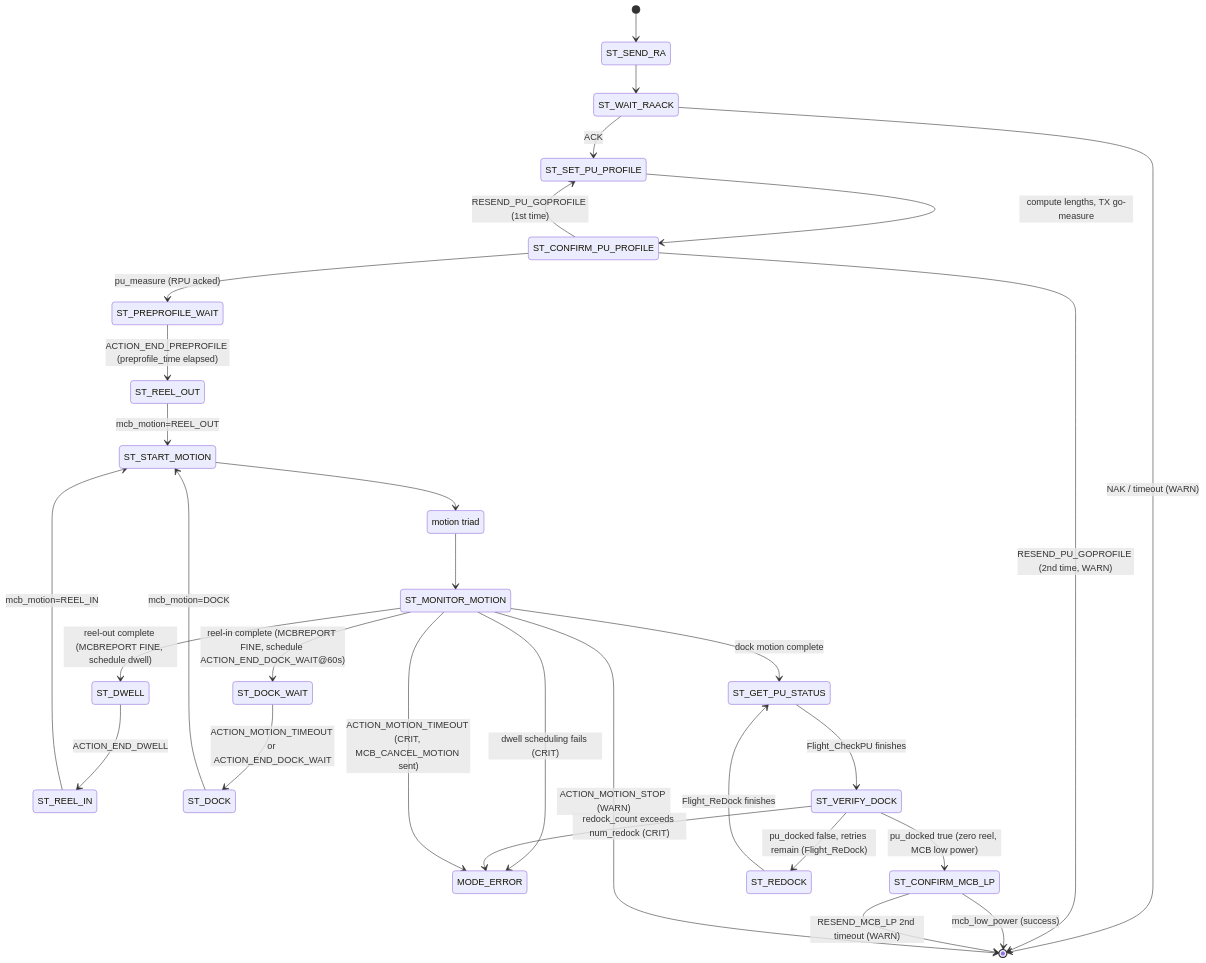
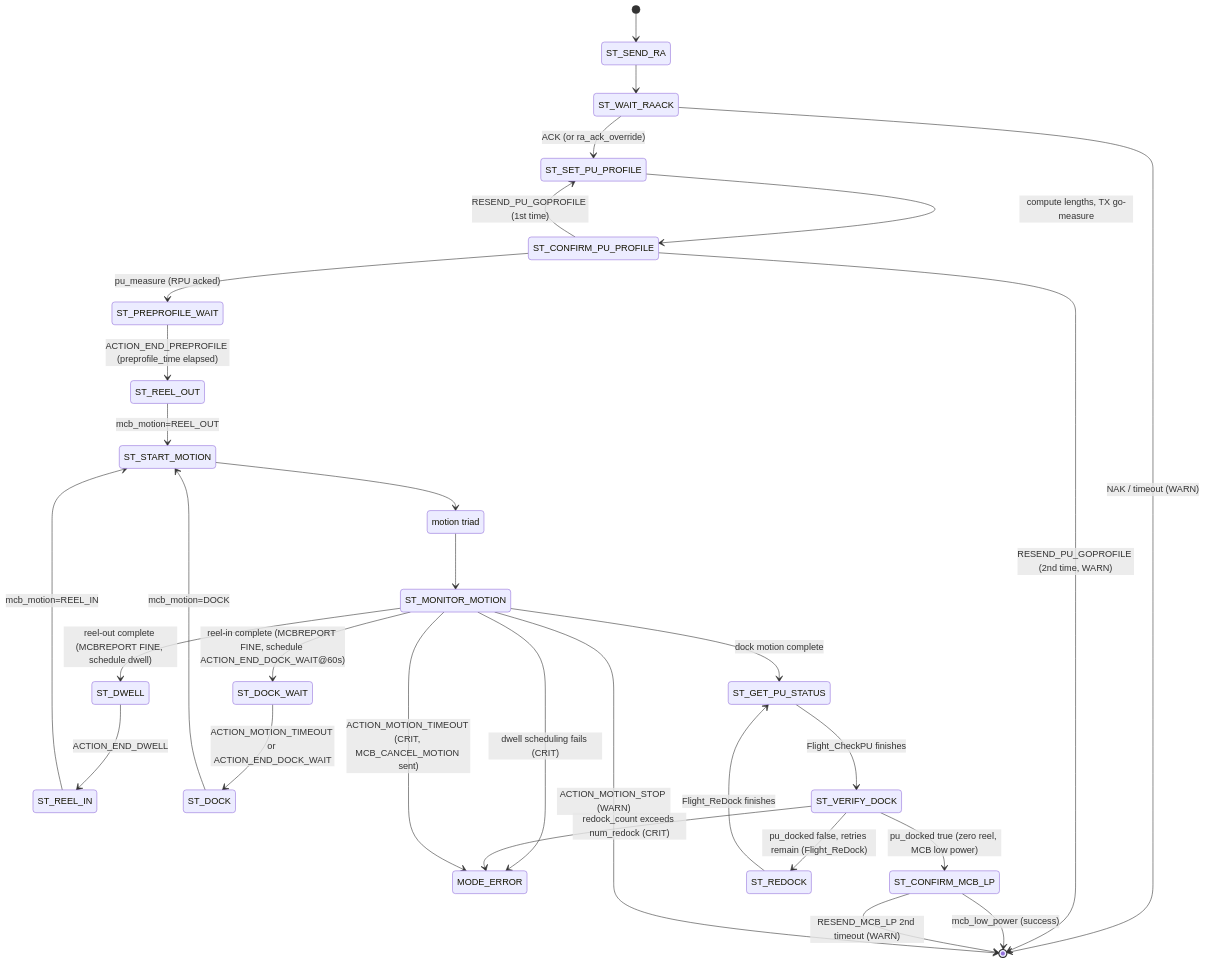
One commit to kalnajslab-org/StratoCore_RACHUTS changed the seventh of 9 diagrams in docs/FlightModeControlFlow.md. Above: the diagram before and after it, drawn with Mermaid. The commit also changed other lines of this file and 3 other files, not shown here.

First line of the commit message:
Update docs for the RA-ack override TC and PROFILE rename

````diff
--- a/docs/FlightModeControlFlow.md
+++ b/docs/FlightModeControlFlow.md
@@ -345,41 +347,41 @@
 ```mermaid
 stateDiagram-v2
     [*] --> ST_SEND_RA
     ST_SEND_RA --> ST_WAIT_RAACK
-    ST_WAIT_RAACK --> ST_SET_PU_PROFILE: ACK
+    ST_WAIT_RAACK --> ST_SET_PU_PROFILE: ACK (or ra_ack_override)
     ST_WAIT_RAACK --> [*]: NAK / timeout (WARN)
 
     ST_SET_PU_PROFILE --> ST_CONFIRM_PU_PROFILE: compute lengths, TX go-measure
     ST_CONFIRM_PU_PROFILE --> ST_PREPROFILE_WAIT: pu_measure (RPU acked)
     ST_CONFIRM_PU_PROFILE --> ST_SET_PU_PROFILE: RESEND_PU_GOPROFILE (1st time)
     ST_CONFIRM_PU_PROFILE --> [*]: RESEND_PU_GOPROFILE (2nd time, WARN)
 
     ST_PREPROFILE_WAIT --> ST_REEL_OUT: ACTION_END_PREPROFILE (preprofile_time elapsed)
     ST_REEL_OUT --> ST_START_MOTION: mcb_motion=REEL_OUT
 
     state "motion triad" as MT1
     ST_START_MOTION --> MT1
     MT1 --> ST_MONITOR_MOTION
 
     ST_MONITOR_MOTION --> ST_DWELL: reel-out complete (MCBREPORT FINE, schedule dwell)
     ST_MONITOR_MOTION --> MODE_ERROR: dwell scheduling fails (CRIT)
     ST_DWELL --> ST_REEL_IN: ACTION_END_DWELL
 
     ST_REEL_IN --> ST_START_MOTION: mcb_motion=REEL_IN
     ST_MONITOR_MOTION --> ST_DOCK_WAIT: reel-in complete (MCBREPORT FINE, schedule ACTION_END_DOCK_WAIT@60s)
     ST_DOCK_WAIT --> ST_DOCK: ACTION_MOTION_TIMEOUT or ACTION_END_DOCK_WAIT
     ST_DOCK --> ST_START_MOTION: mcb_motion=DOCK
 
     ST_MONITOR_MOTION --> ST_GET_PU_STATUS: dock motion complete
     ST_GET_PU_STATUS --> ST_VERIFY_DOCK: Flight_CheckPU finishes
     ST_VERIFY_DOCK --> ST_CONFIRM_MCB_LP: pu_docked true (zero reel, MCB low power)
     ST_VERIFY_DOCK --> MODE_ERROR: redock_count exceeds num_redock (CRIT)
     ST_VERIFY_DOCK --> ST_REDOCK: pu_docked false, retries remain (Flight_ReDock)
     ST_REDOCK --> ST_GET_PU_STATUS: Flight_ReDock finishes
 
     ST_CONFIRM_MCB_LP --> [*]: mcb_low_power (success)
     ST_CONFIRM_MCB_LP --> [*]: RESEND_MCB_LP 2nd timeout (WARN)
 
     ST_MONITOR_MOTION --> [*]: ACTION_MOTION_STOP (WARN)
     ST_MONITOR_MOTION --> MODE_ERROR: ACTION_MOTION_TIMEOUT (CRIT, MCB_CANCEL_MOTION sent)
 ```
````
